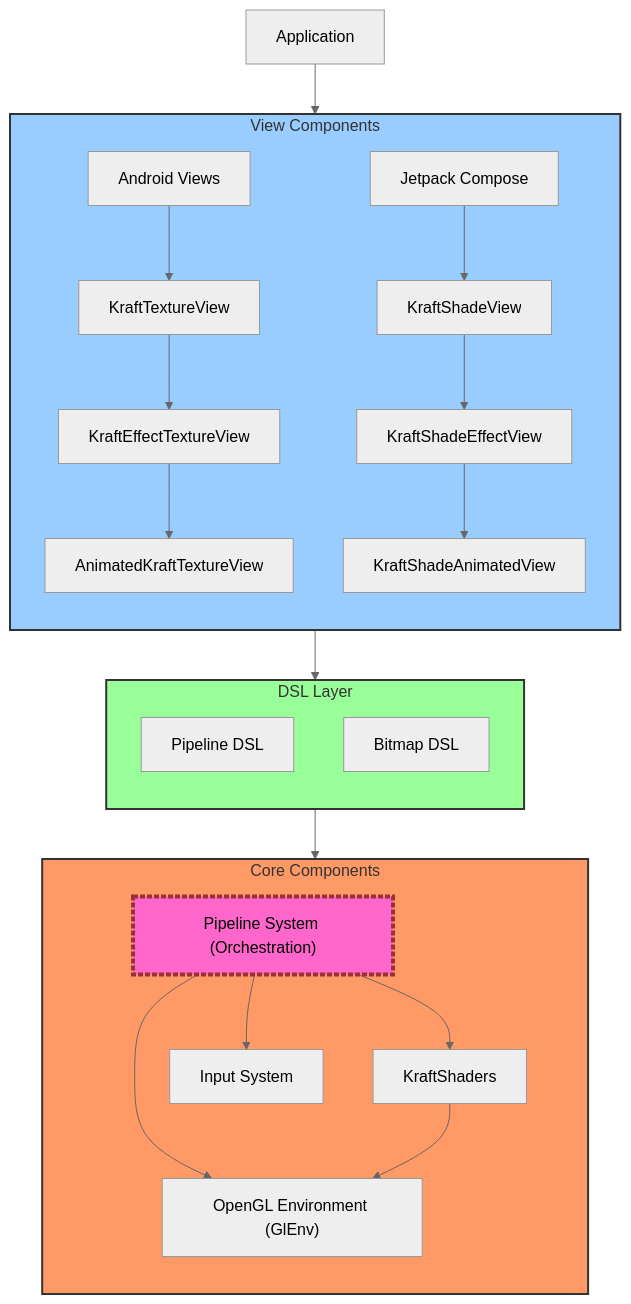
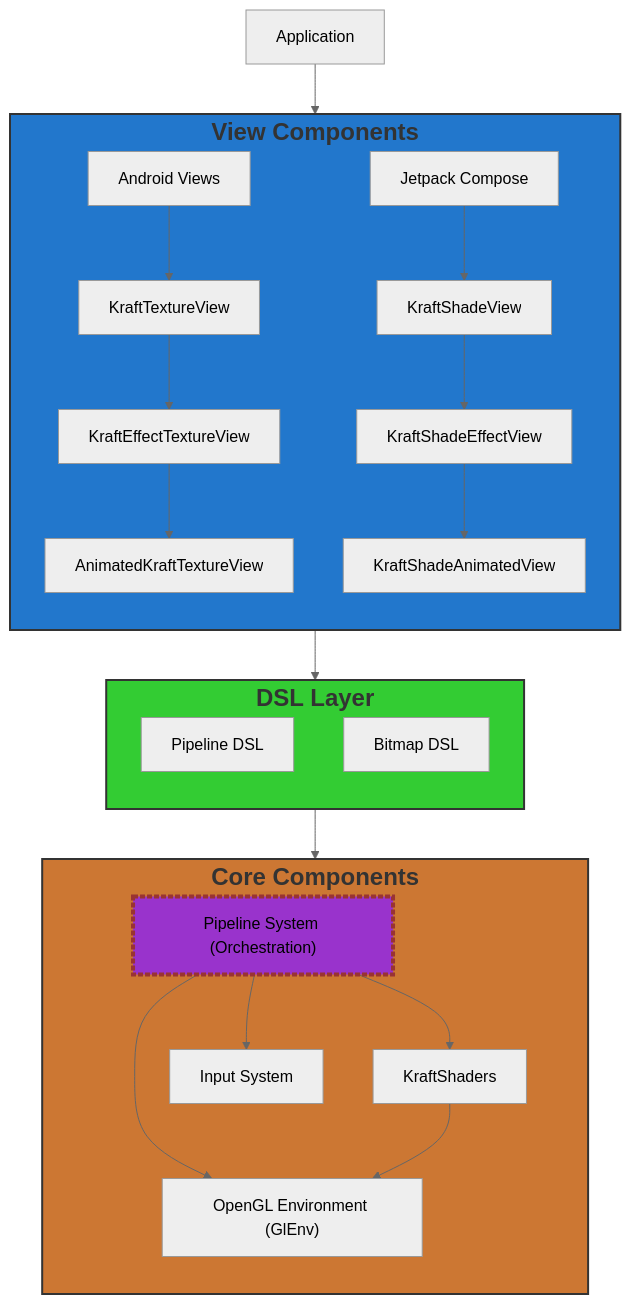
Before and after one commit to cardinalblue/android-kraft-shade: the first of 7 diagrams in doc_website/docs/introduction/architecture-overview.md, drawn with Mermaid (neutral theme).

Commit message:
doc: Adjust style of subgraph titles in architecture-overview.md

````diff
--- a/doc_website/docs/introduction/architecture-overview.md
+++ b/doc_website/docs/introduction/architecture-overview.md
@@ -13,51 +13,51 @@
 ```mermaid
 flowchart TD
-    classDef core fill:#f96,stroke:#333,stroke-width:2px
-    classDef view fill:#9cf,stroke:#333,stroke-width:2px
-    classDef dsl fill:#9f9,stroke:#333,stroke-width:2px
-    classDef pipeline fill:#f6c,stroke:#933,stroke-width:4px,stroke-dasharray: 5 2
+    classDef core fill:#c73,stroke:#333,stroke-width:2px,font-size:24px,font-weight:bold,white-space: nowrap
+    classDef view fill:#27c,stroke:#333,stroke-width:2px,font-size:24px,font-weight:bold,white-space: nowrap
+    classDef dsl fill:#3c3,stroke:#333,stroke-width:2px,font-size:24px,font-weight:bold,white-space: nowrap
+    classDef pipeline fill:#93c,stroke:#933,stroke-width:4px,stroke-dasharray: 5 2
     
     App[Application] --> Views
     
     subgraph Views["View Components"]
         direction TB
         AndroidViews["Android Views"] --> KraftTextureView
         JetpackCompose["Jetpack Compose"] --> KraftShadeView
         
         KraftTextureView --> KraftEffectTextureView
         KraftEffectTextureView --> AnimatedKraftTextureView
         
         KraftShadeView --> KraftShadeEffectView
         KraftShadeEffectView --> KraftShadeAnimatedView
     end
     
     Views --> DSL
     
     subgraph DSL["DSL Layer"]
         direction TB
         PipelineDSL["Pipeline DSL"]
         KraftBitmapDSL["Bitmap DSL"]
     end
     
     DSL --> Core
     
     subgraph Core["Core Components"]
         direction TB
 
         GlEnv["OpenGL Environment (GlEnv)"]
         
         PipelineSystem["Pipeline System (Orchestration)"]
 
         PipelineSystem --> GlEnv
         
         KraftShaders --> GlEnv
 
         PipelineSystem --> InputSystem["Input System"]
         PipelineSystem --> KraftShaders
     end
     
     class Core core
     class Views view
     class DSL dsl
     class PipelineSystem pipeline
 ```
````
